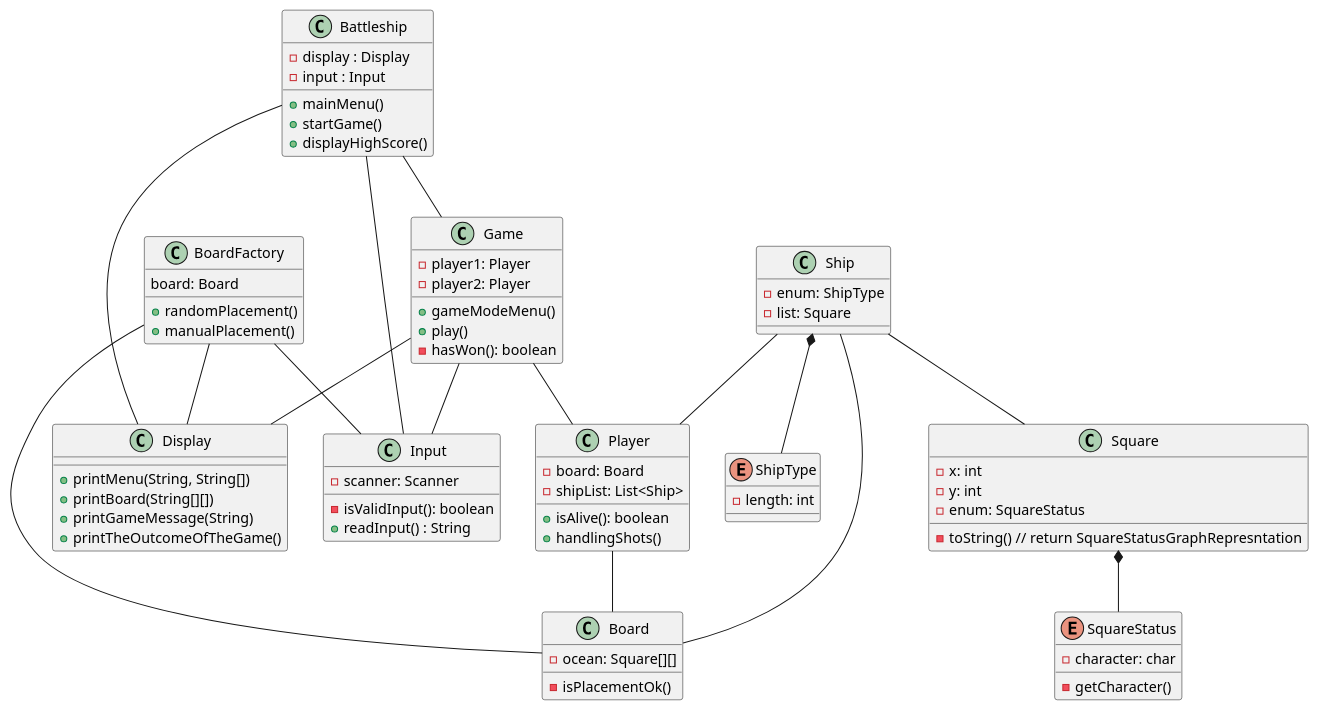
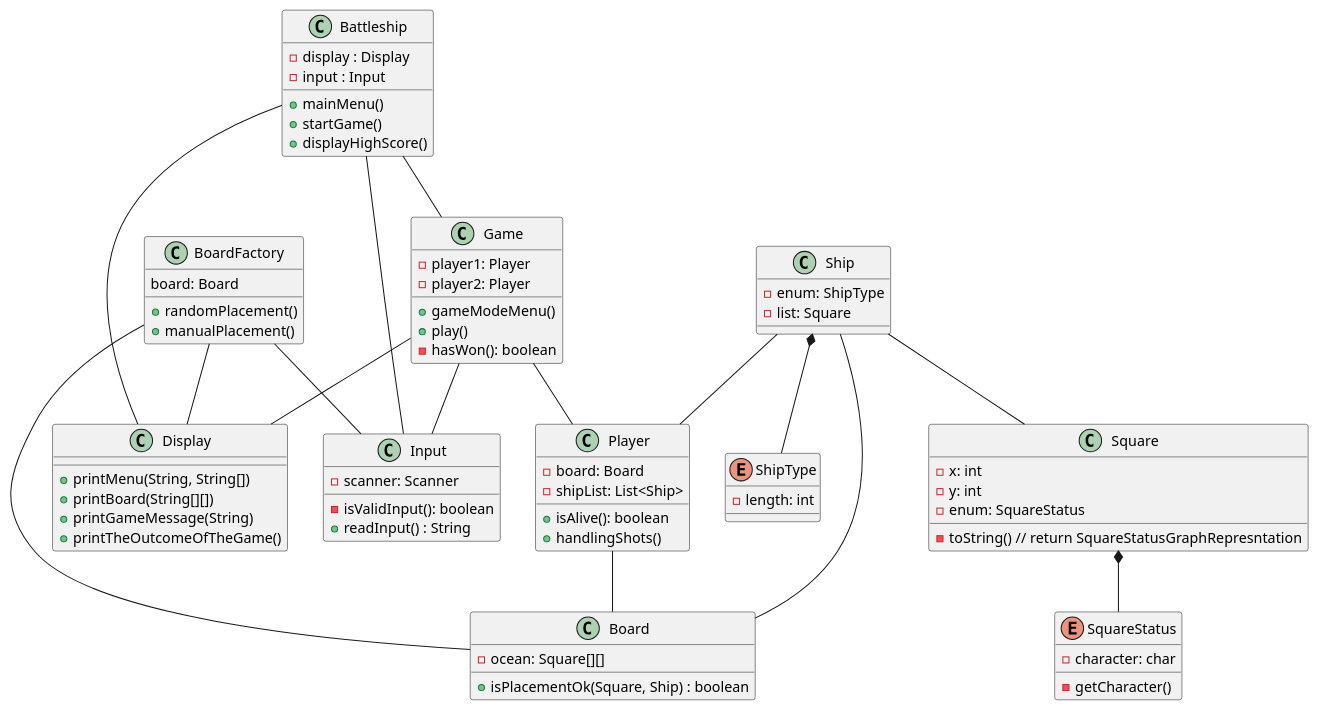
Before and after one commit to TheRealCoon/battleship-oop: the diagram in BattleShip.puml, drawn with PlantUML. The commit also changed 4 other files, not shown here.

```diff
--- a/BattleShip.puml
+++ b/BattleShip.puml
@@ -1,85 +1,85 @@
 @startuml
 
 Battleship -- Display
 Battleship -- Input
 Battleship -- Game
 class Battleship{
 - display : Display
 - input : Input
 + mainMenu()
 + startGame()
 + displayHighScore()
 }
 
 class Display{
 + printMenu(String, String[])
 + printBoard(String[][])
 + printGameMessage(String)
 + printTheOutcomeOfTheGame()
 }
 
 class Input{
 - scanner: Scanner
 - isValidInput(): boolean
 + readInput() : String
 }
 
 Game -- Input
 Game -- Display
 Game -- Player
 class Game{
 - player1: Player
 - player2: Player
 + gameModeMenu()
 + play()
 - hasWon(): boolean
 }
 Player -- Board
 class Player{
 - board: Board
 - shipList: List<Ship>
 + isAlive(): boolean
 + handlingShots()
 }
 
 BoardFactory -- Board
 BoardFactory -- Input
 BoardFactory -- Display
 class BoardFactory{
 board: Board
 + randomPlacement()
 + manualPlacement()
 }
 
 class Board{
 - ocean: Square[][]
-- isPlacementOk()
++ isPlacementOk(Square, Ship) : boolean
 }
 
 Ship -- Player
 Ship -- Board
 Ship -- Square
 Ship *-- ShipType
 class Ship{
 - enum: ShipType
 - list: Square
 }
 
 enum ShipType{
 - length: int
 }
 Square *-- SquareStatus
 class Square{
 - x: int
 - y: int
 - enum: SquareStatus
 - toString() // return SquareStatusGraphRepresntation
 }
 
 enum SquareStatus{
 - character: char
 - getCharacter()
 }
 
 
 @enduml
```
